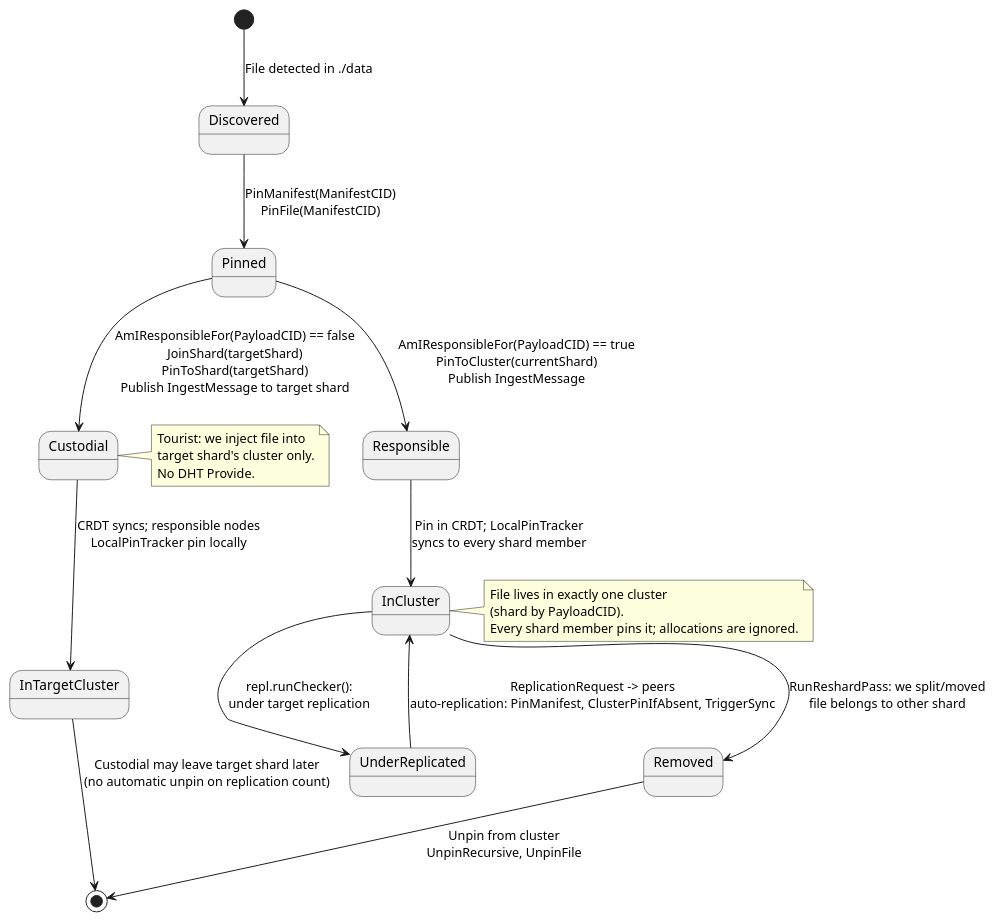
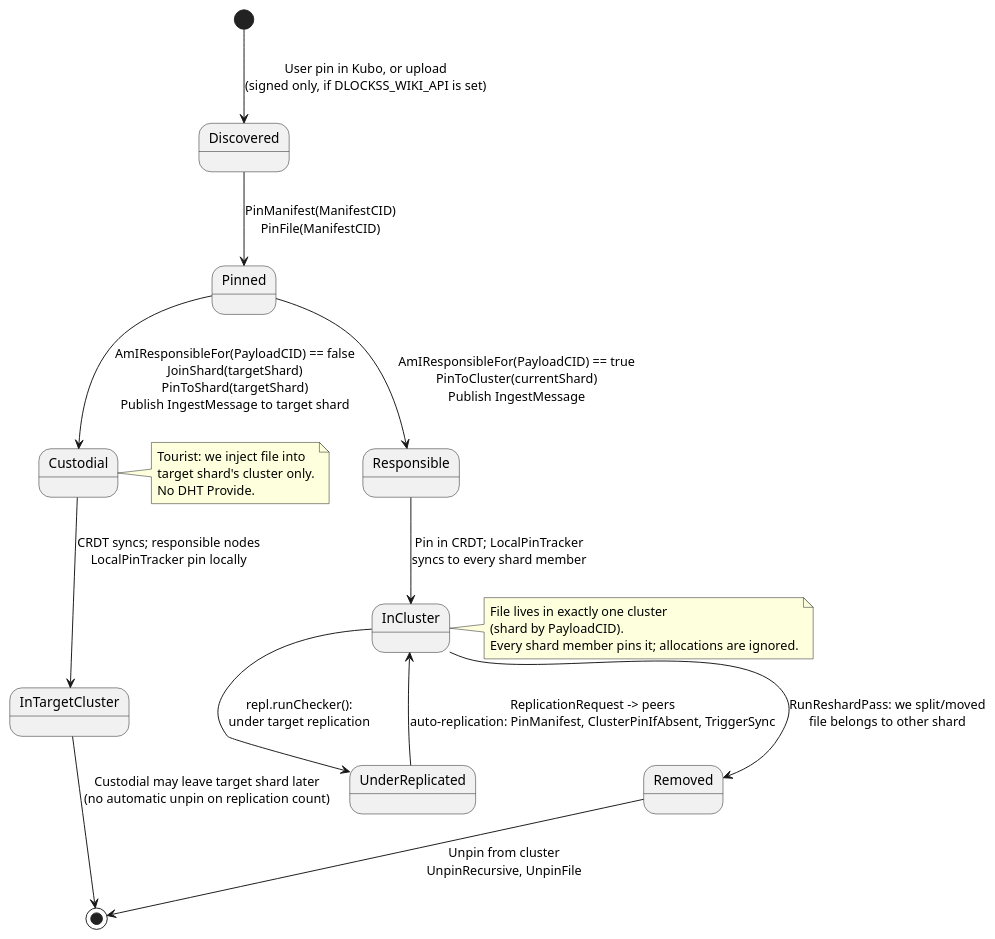
The diagram in docs/file_lifecycle_state.puml (gipplab/D-LOCKSS), drawn with PlantUML before and after one commit. The commit also changed 34 other files, not shown here.

First line of the commit message:
Ingest only through Kubo, with one user signature per manifest

```diff
--- a/docs/file_lifecycle_state.puml
+++ b/docs/file_lifecycle_state.puml
@@ -1,34 +1,34 @@
 @startuml File Lifecycle State Diagram
 
-[*] --> Discovered: File detected in ./data
+[*] --> Discovered: User pin in Kubo, or upload\n(signed only, if DLOCKSS_WIKI_API is set)
 
 Discovered --> Pinned: PinManifest(ManifestCID)\nPinFile(ManifestCID)
 
 Pinned --> Responsible: AmIResponsibleFor(PayloadCID) == true\nPinToCluster(currentShard)\nPublish IngestMessage
 Pinned --> Custodial: AmIResponsibleFor(PayloadCID) == false\nJoinShard(targetShard)\nPinToShard(targetShard)\nPublish IngestMessage to target shard
 
 Custodial --> InTargetCluster: CRDT syncs; responsible nodes\nLocalPinTracker pin locally
 
 Responsible --> InCluster: Pin in CRDT; LocalPinTracker\nsyncs to every shard member
 
 InCluster --> UnderReplicated: repl.runChecker():\nunder target replication
 UnderReplicated --> InCluster: ReplicationRequest -> peers\nauto-replication: PinManifest, ClusterPinIfAbsent, TriggerSync
 
 InCluster --> Removed: RunReshardPass: we split/moved\nfile belongs to other shard
 Removed --> [*]: Unpin from cluster\nUnpinRecursive, UnpinFile
 
 InTargetCluster --> [*]: Custodial may leave target shard later\n(no automatic unpin on replication count)
 
 note right of Custodial
     Tourist: we inject file into
     target shard's cluster only.
     No DHT Provide.
 end note
 
 note right of InCluster
     File lives in exactly one cluster
     (shard by PayloadCID).
     Every shard member pins it; allocations are ignored.
 end note
 
 @enduml
```
